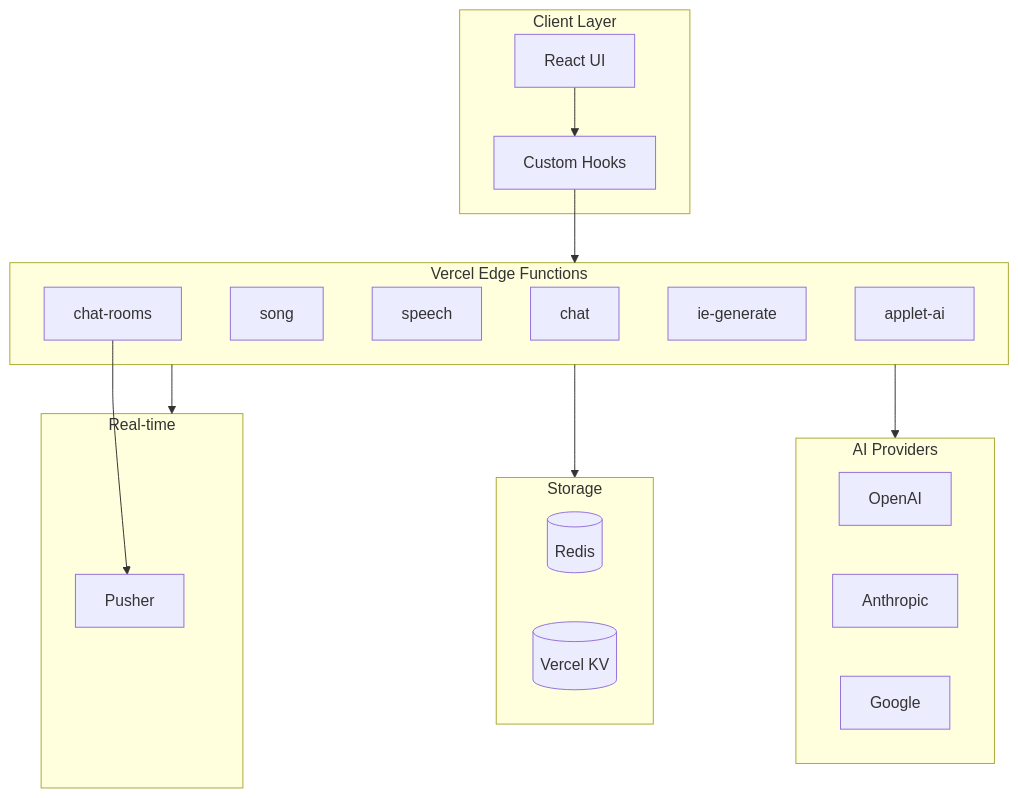
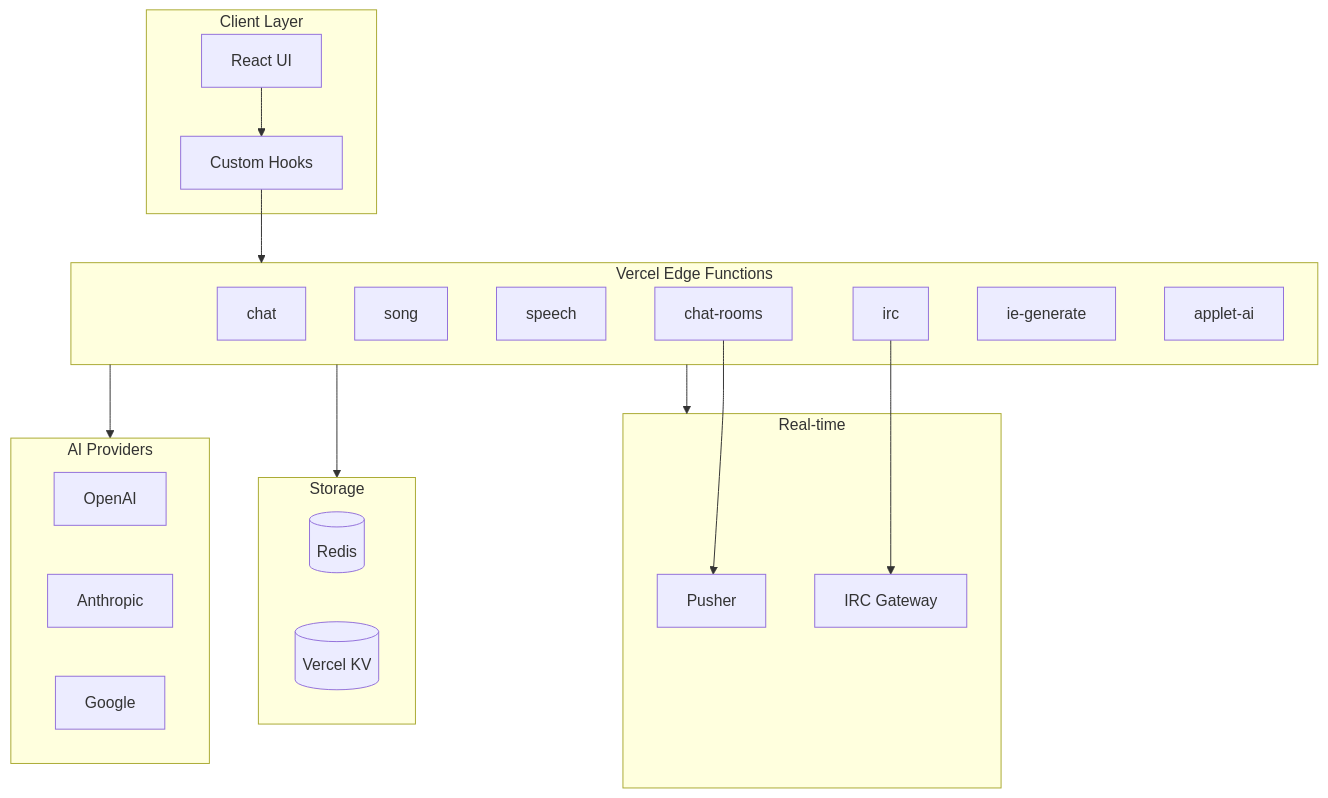
One commit to ryokun6/ryos changed the first of 3 diagrams in docs/1.2-api-architecture.md. Above: the diagram before and after it, drawn with Mermaid. The commit also changed other lines of this file, not shown here.

Commit message:
Document IRC in API architecture

````diff
--- a/docs/1.2-api-architecture.md
+++ b/docs/1.2-api-architecture.md
@@ -7,38 +7,41 @@
 ```mermaid
 graph TB
     subgraph Client["Client Layer"]
         UI[React UI]
         Hooks[Custom Hooks]
     end
     
     subgraph Edge["Vercel Edge Functions"]
         ChatAPI[chat]
         SongAPI[song]
         SpeechAPI[speech]
         RoomsAPI[chat-rooms]
+        IRCAPI[irc]
         IEAPI[ie-generate]
         AppletAPI[applet-ai]
     end
     
     subgraph AI["AI Providers"]
         OpenAI[OpenAI]
         Anthropic[Anthropic]
         Google[Google]
     end
     
     subgraph Storage["Storage"]
         Redis[(Redis)]
         KV[(Vercel KV)]
     end
     
     subgraph Realtime["Real-time"]
         Pusher[Pusher]
+        IRCGateway[IRC Gateway]
     end
     
     UI --> Hooks
     Hooks --> Edge
     Edge --> AI
     Edge --> Storage
     Edge --> Realtime
     RoomsAPI --> Pusher
+    IRCAPI --> IRCGateway
 ```
````
